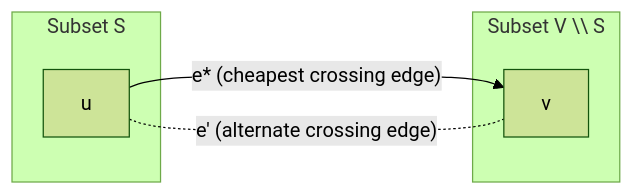
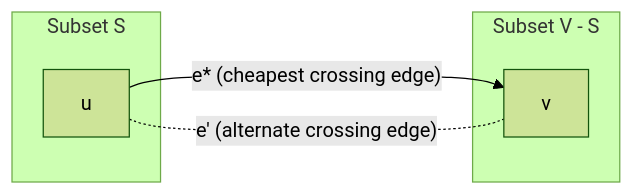
The second of 2 diagrams in weekly_material/week13_day1.md (mohameds-dev/algorithms-workshop-material), drawn with Mermaid (forest theme) before and after one commit. The commit also changed other lines of this file and 6 other files, not shown here.

````diff
--- a/weekly_material/week13_day1.md
+++ b/weekly_material/week13_day1.md
@@ -365,11 +365,11 @@
 ```mermaid
 flowchart LR
     subgraph S ["Subset S"]
         u["u"]
     end
-    subgraph V_S ["Subset V \\ S"]
+    subgraph V_S ["Subset V - S"]
         v["v"]
     end
     u -- "e* (cheapest crossing edge)" --> v
     u -. "e' (alternate crossing edge)" .- v
 ```
````
